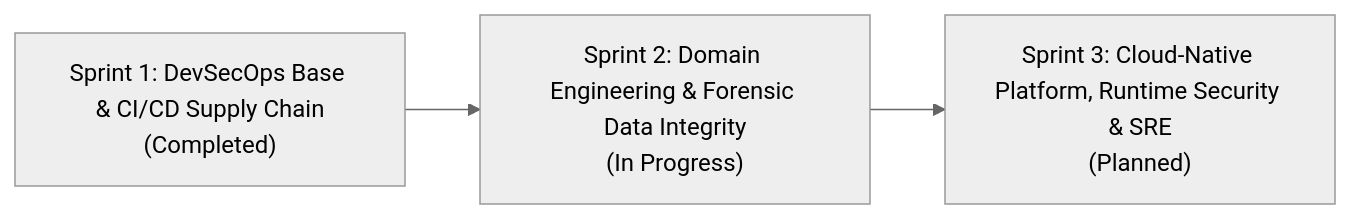
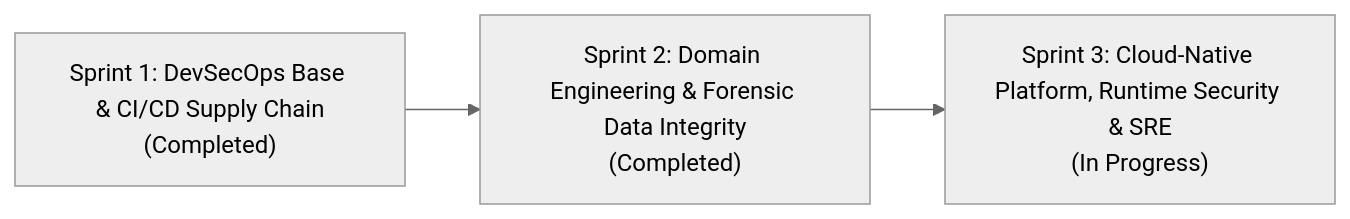
Before and after one commit to LuisMamey/forensic-custody-api: the diagram in docs/ROADMAP.md, drawn with Mermaid (neutral theme). The commit also changed other lines of this file and 1 other file, not shown here.

Commit message:
docs: complete sprint 3 phase 1 roadmap and chronicle phase 5 history

````diff
--- a/docs/ROADMAP.md
+++ b/docs/ROADMAP.md
@@ -6,5 +6,5 @@
 ```mermaid
 flowchart LR
-    S1["Sprint 1: DevSecOps Base & CI/CD Supply Chain<br/>(Completed)"] --> S2["Sprint 2: Domain Engineering & Forensic Data Integrity<br/>(In Progress)"]
-    S2 --> S3["Sprint 3: Cloud-Native Platform, Runtime Security & SRE<br/>(Planned)"]
+    S1["Sprint 1: DevSecOps Base & CI/CD Supply Chain<br/>(Completed)"] --> S2["Sprint 2: Domain Engineering & Forensic Data Integrity<br/>(Completed)"]
+    S2 --> S3["Sprint 3: Cloud-Native Platform, Runtime Security & SRE<br/>(In Progress)"]
 ```
````
